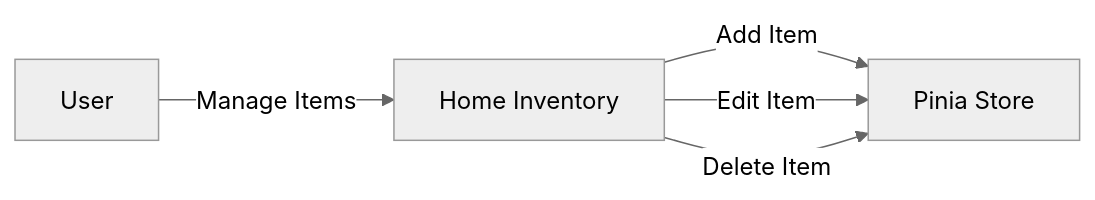
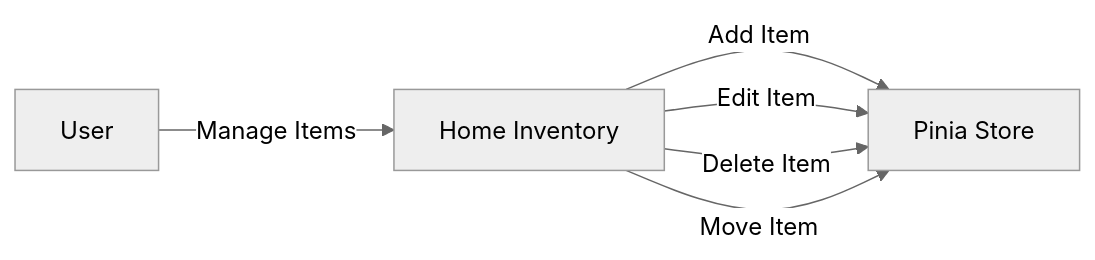
One commit to dpatrik0610/HomeInventory changed the sixth of 22 diagrams in Project Details/frontend/frontend.md. Above: the diagram before and after it, drawn with Mermaid (neutral theme). The commit also changed other lines of this file, not shown here.

````diff
--- a/Project Details/frontend/frontend.md
+++ b/Project Details/frontend/frontend.md
@@ -111,7 +103,8 @@
    ```mermaid
    graph LR
      A[User] -->|Manage Items| B[Home Inventory]
      B -->|Add Item| C[Pinia Store]
      B -->|Edit Item| C
      B -->|Delete Item| C
+     B -->|Move Item| C
    ```
````
